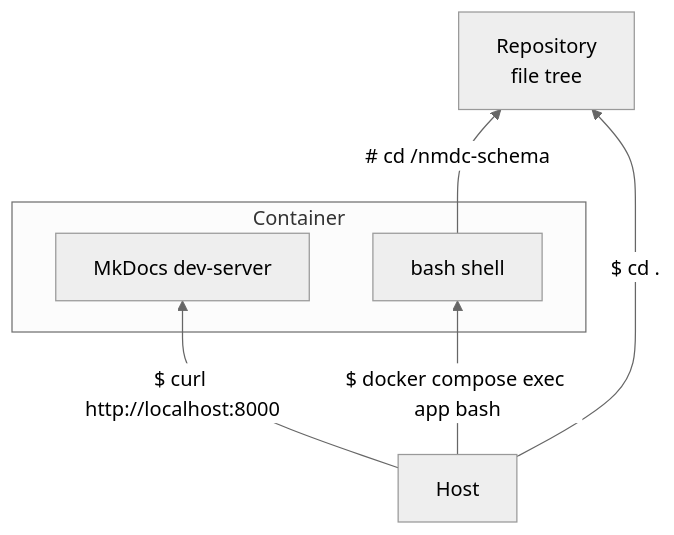
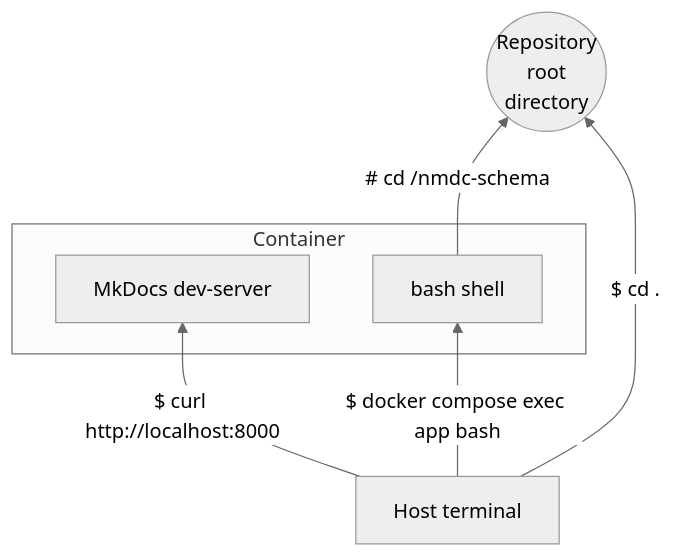
The diagram in README.md (microbiomedata/nmdc-schema), drawn with Mermaid (neutral theme) before and after one commit.

Commit message:
Clarify diagram

````diff
--- a/README.md
+++ b/README.md
@@ -77,12 +77,12 @@
 ```mermaid
 graph BT
-    host["Host"]
+    host["Host terminal"]
     host -- "$ curl http://localhost:8000" --> mkdocs
     host -- "$ docker compose exec app bash" --> bash
-    bash -- "# cd /nmdc-schema" --> dir["Repository<br>file tree"]
+    bash -- "# cd /nmdc-schema" --> dir(("Repository<br>root<br>directory"))
     host -- "$ cd ." --> dir
     subgraph Container["Container"]
         mkdocs["MkDocs dev-server"]
         bash["bash shell"]
     end
 ```
````
